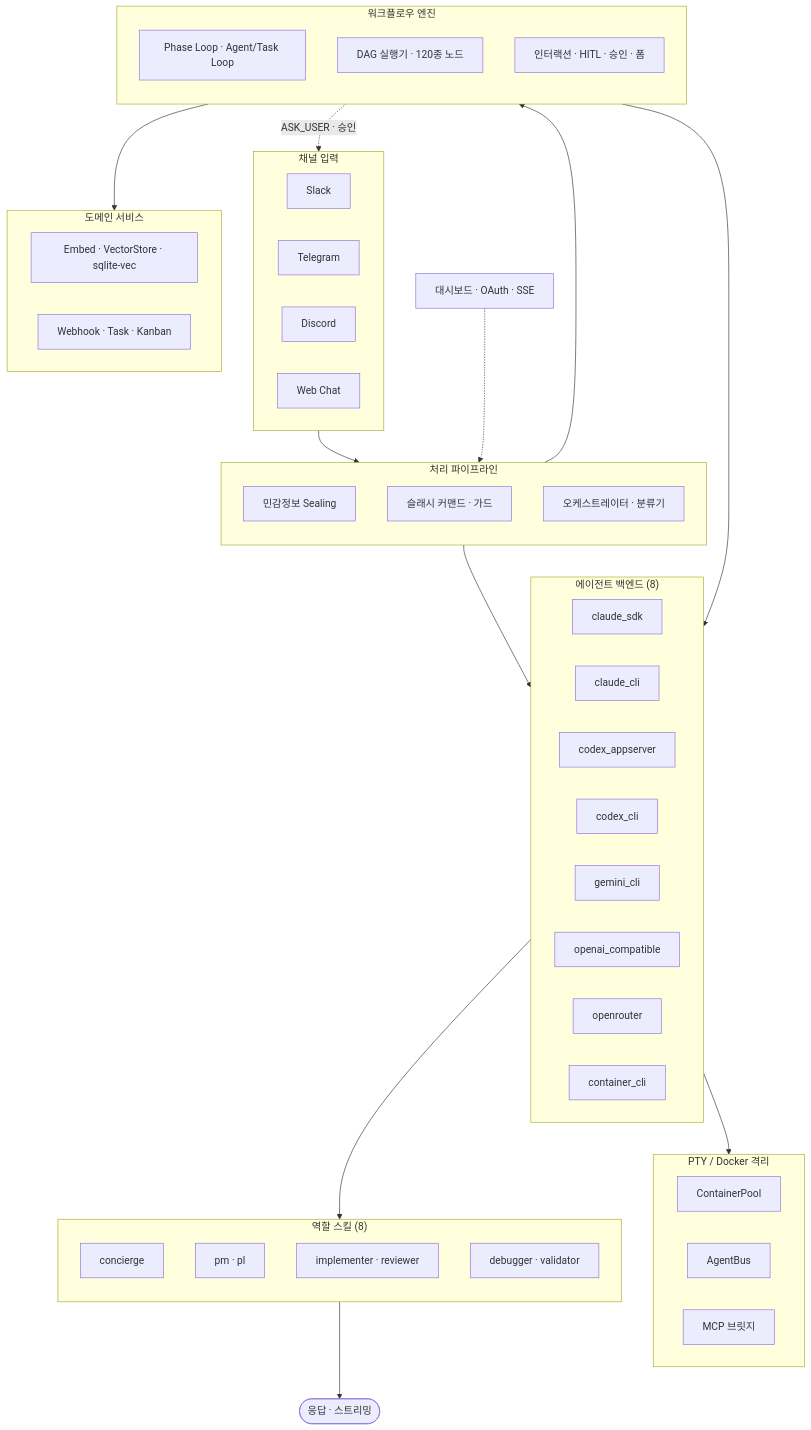
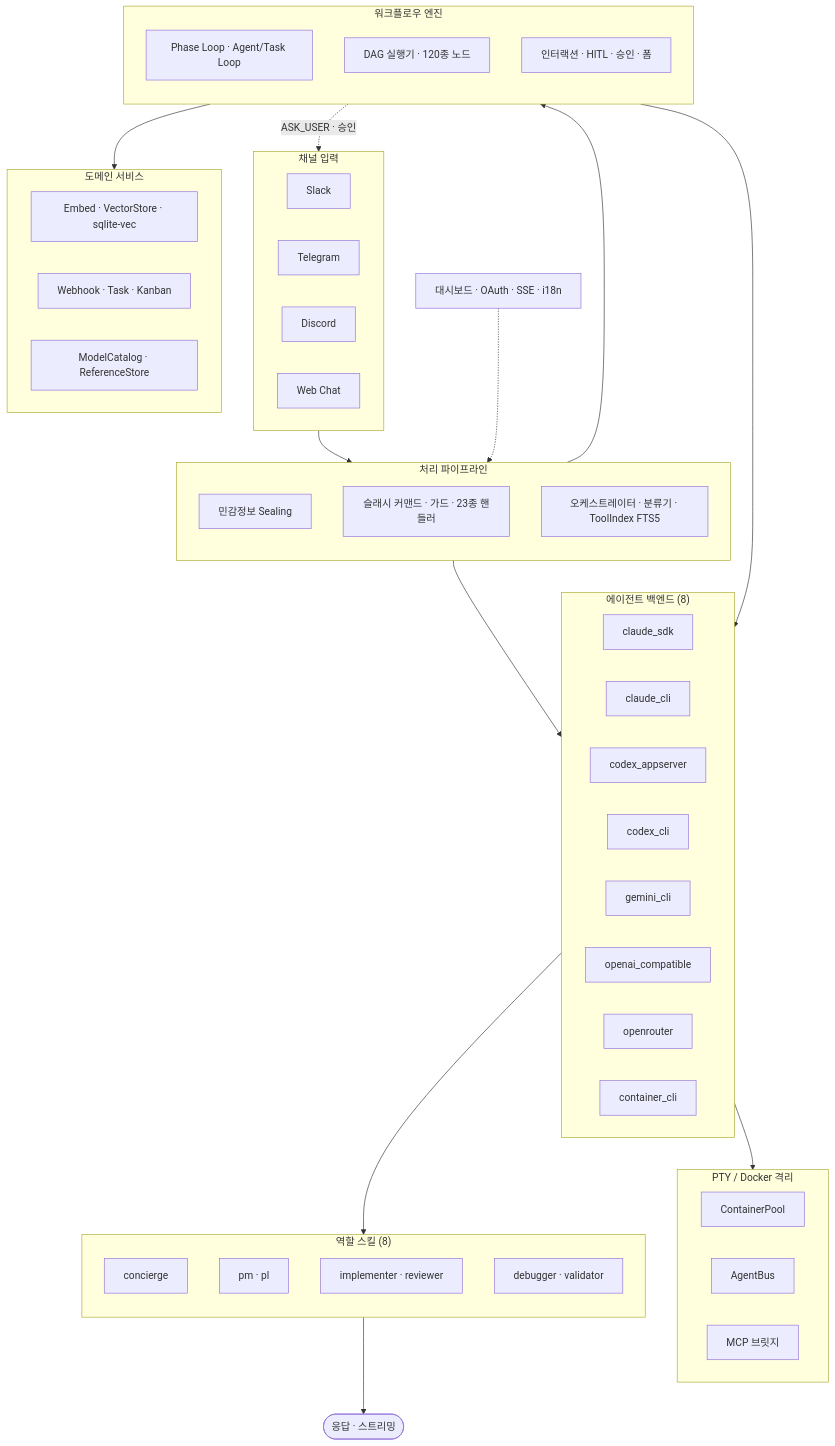
One commit to berrzebb/SoulFlow-Orchestrator changed the diagram in docs/README.ko.md. Above: the diagram before and after it, drawn with Mermaid. The commit also changed 2 other files, not shown here.

Commit message:
docs: README 다이어그램 동기화 — Workflows·Services·ToolIndex·i18n 서브그래프 추가
- README.md: mermaid 아키텍처 다이어그램에 Workflows/Services 서브그래프 신규
  - Pipeline: ToolIndex FTS5 · 23종 핸들러 반영
  - Services: ModelCatalog · ReferenceStore 추가
  - Dashboard: i18n 명시
- README.md: 워크플로우 엔진·도메인 서비스 행 추가, openrouter 백엔드 추가
- README.md: Kanban 페이지·Workspace 10탭·슬래시 커맨드 4종 추가·디렉터리 구조 전면 갱신
- README.{en,ko}.md: 동일 다이어그램 변경 (ToolIndex·Services·i18n)

````diff
--- a/docs/README.ko.md
+++ b/docs/README.ko.md
@@ -25,70 +25,71 @@
 ```mermaid
 flowchart TD
     subgraph Channels["채널 입력"]
         direction LR
         SL[Slack]
         TG[Telegram]
         DS[Discord]
         WEB[Web Chat]
     end
 
     subgraph Pipeline["처리 파이프라인"]
         direction TB
         SEAL[민감정보 Sealing]
-        CMD[슬래시 커맨드 · 가드]
-        ORCH[오케스트레이터 · 분류기]
+        CMD[슬래시 커맨드 · 가드 · 23종 핸들러]
+        ORCH[오케스트레이터 · 분류기 · ToolIndex FTS5]
     end
 
     subgraph Backends["에이전트 백엔드 (8)"]
         direction LR
         CSDK[claude_sdk]
         CCLI[claude_cli]
         CAPPS[codex_appserver]
         CCLIX[codex_cli]
         GCLI[gemini_cli]
         OAI[openai_compatible]
         ORT[openrouter]
         CTR[container_cli]
     end
 
     subgraph Workflows["워크플로우 엔진"]
         direction TB
         PL[Phase Loop · Agent/Task Loop]
         DAG[DAG 실행기 · 120종 노드]
         INTERACT[인터랙션 · HITL · 승인 · 폼]
     end
 
     subgraph PTY["PTY / Docker 격리"]
         direction LR
         POOL[ContainerPool]
         BUS[AgentBus]
         BRIDGE[MCP 브릿지]
     end
 
     subgraph Skills["역할 스킬 (8)"]
         direction TB
         BT[concierge]
         PM[pm · pl]
         IMPL[implementer · reviewer]
         DBG[debugger · validator]
     end
 
     subgraph Services["도메인 서비스"]
         direction LR
         EMBED[Embed · VectorStore · sqlite-vec]
         WEBHOOK[Webhook · Task · Kanban]
+        CATALOG[ModelCatalog · ReferenceStore]
     end
 
-    DASH[대시보드 · OAuth · SSE]
+    DASH[대시보드 · OAuth · SSE · i18n]
 
     Channels --> Pipeline
     Pipeline --> Backends
     Pipeline --> Workflows
     Workflows --> Backends
     INTERACT -.->|ASK_USER · 승인| Channels
     CTR --> PTY
     Backends --> Skills
     Skills --> OUT([응답 · 스트리밍])
     Workflows --> Services
     DASH -.-> Pipeline
 ```
````
